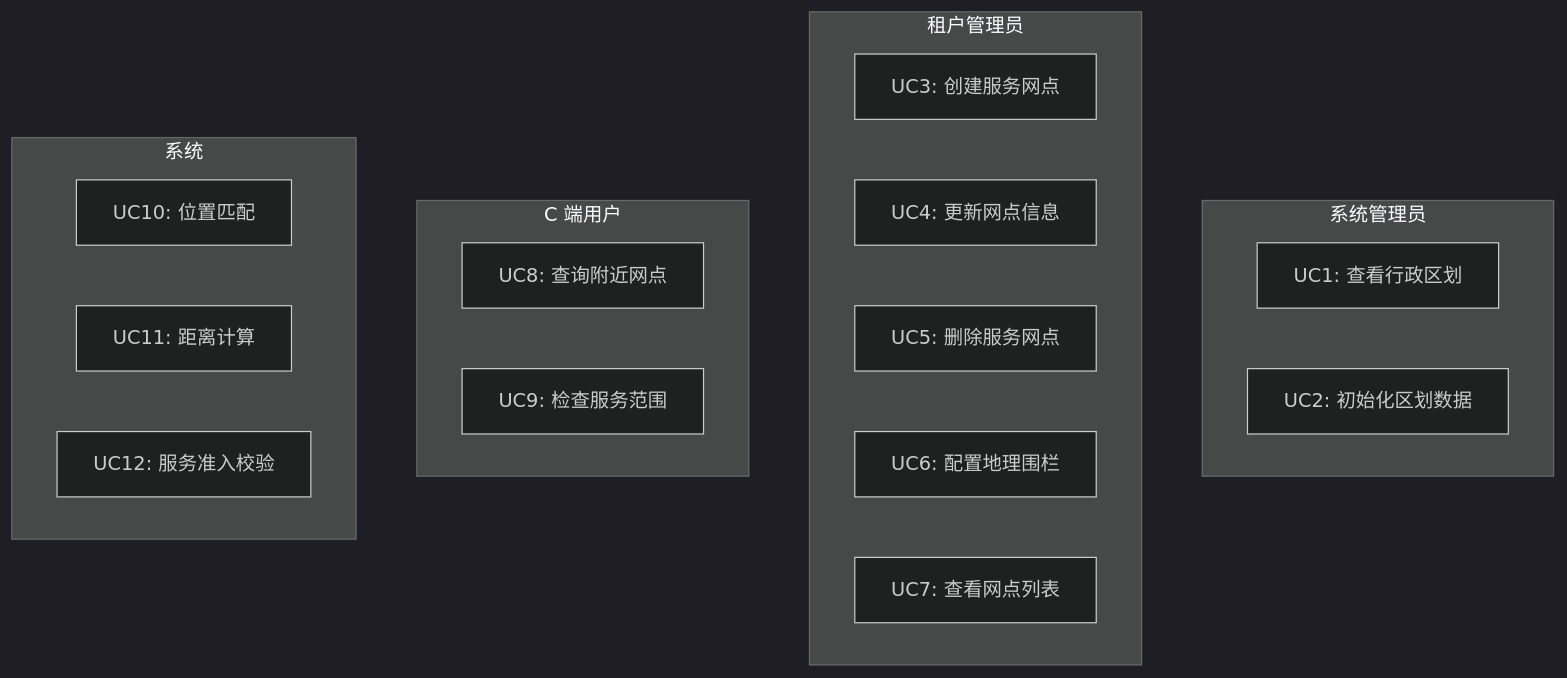
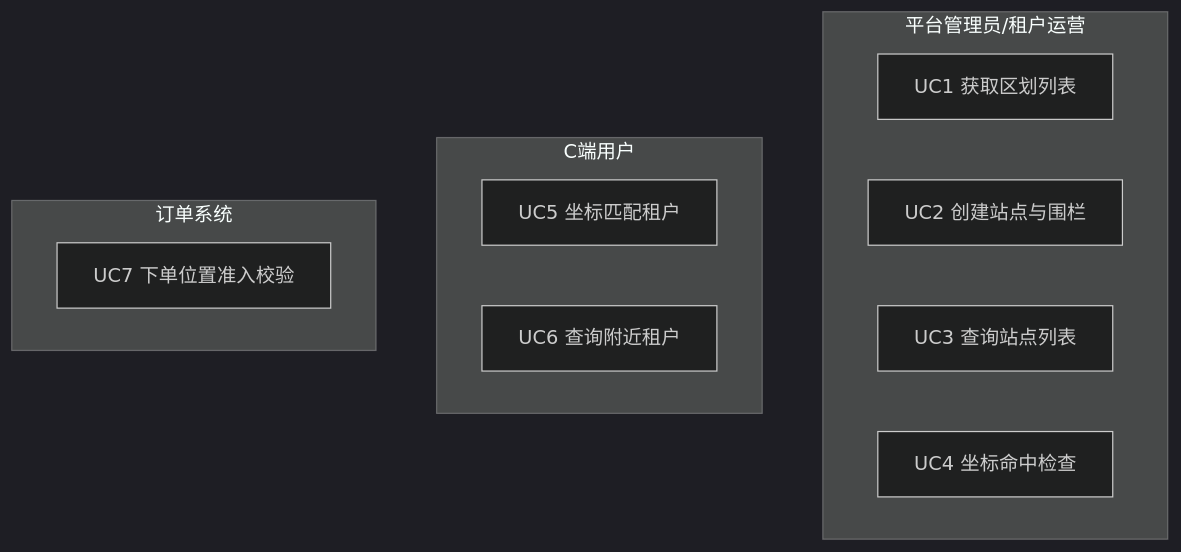
The first of 5 diagrams in apps/backend/docs/requirements/lbs/lbs-requirements.md (hqh-dot-wj/O2O-Mall-project), drawn with Mermaid (dark theme) before and after one commit. The commit also changed other lines of this file and 20 other files, not shown here.

````diff
--- a/apps/backend/docs/requirements/lbs/lbs-requirements.md
+++ b/apps/backend/docs/requirements/lbs/lbs-requirements.md
@@ -56,26 +57,18 @@
 ```mermaid
 graph TB
-    subgraph Admin["系统管理员"]
-        UC1[UC1: 查看行政区划]
-        UC2[UC2: 初始化区划数据]
+    subgraph Admin["平台管理员/租户运营"]
+        UC1[UC1 获取区划列表]
+        UC2[UC2 创建站点与围栏]
+        UC3[UC3 查询站点列表]
+        UC4[UC4 坐标命中检查]
     end
 
-    subgraph TenantAdmin["租户管理员"]
-        UC3[UC3: 创建服务网点]
-        UC4[UC4: 更新网点信息]
-        UC5[UC5: 删除服务网点]
-        UC6[UC6: 配置地理围栏]
-        UC7[UC7: 查看网点列表]
+    subgraph Client["C端用户"]
+        UC5[UC5 坐标匹配租户]
+        UC6[UC6 查询附近租户]
     end
 
-    subgraph Client["C 端用户"]
-        UC8[UC8: 查询附近网点]
-        UC9[UC9: 检查服务范围]
-    end
-
-    subgraph System["系统"]
-        UC10[UC10: 位置匹配]
-        UC11[UC11: 距离计算]
-        UC12[UC12: 服务准入校验]
+    subgraph Order["订单系统"]
+        UC7[UC7 下单位置准入校验]
     end
 ```
````
